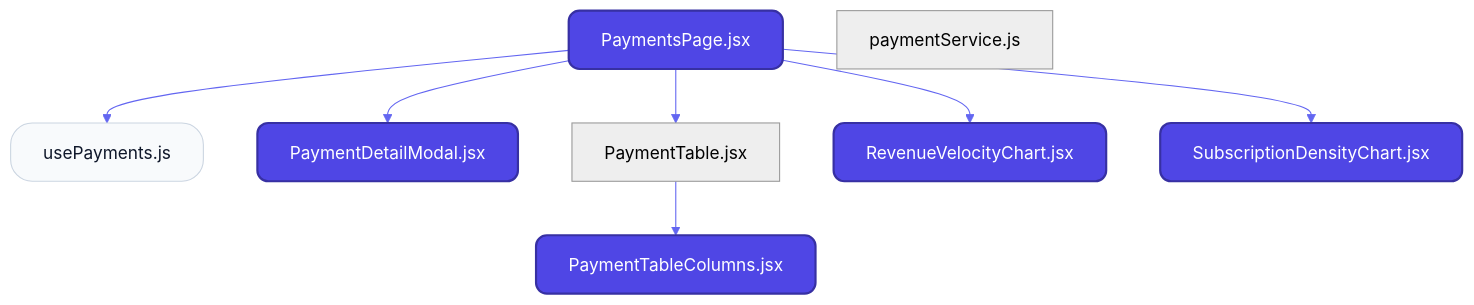
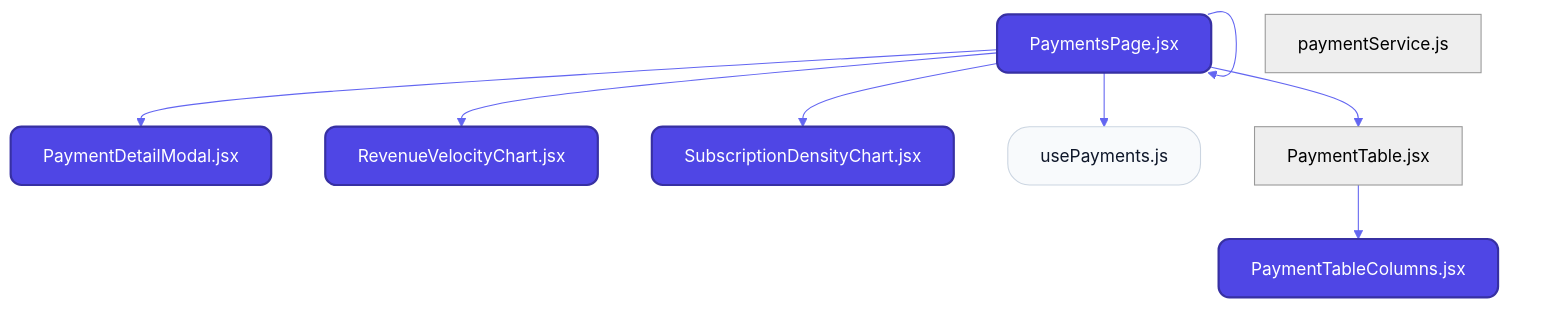
One commit to nexowebai/nexo-superadmin changed the first of 2 diagrams in src/features/payments/README.md. Above: the diagram before and after it, drawn with Mermaid. The commit also changed other lines of this file and 18 other files, not shown here.

````diff
--- a/src/features/payments/README.md
+++ b/src/features/payments/README.md
@@ -12,22 +11,23 @@
 ```mermaid
 %%{init: {'theme': 'neutral', 'themeVariables': { 'fontFamily': 'Inter', 'lineColor': '#6366f1' }}}%%
 graph TD
     classDef page fill:#4f46e5,stroke:#3730a3,stroke-width:2px,color:#fff,rx:10,ry:10;
     classDef hook fill:#f8fafc,stroke:#cbd5e1,stroke-width:1px,color:#0f172a,rx:20,ry:20;
     classDef service fill:#0f172a,stroke:#000,stroke-width:2px,color:#f1f5f9,rx:5,ry:5;
 
-    PaymentsPagejsx["PaymentsPage.jsx"]:::page
-    usePaymentsjs["usePayments.js"]:::hook
-    paymentServicejs["paymentService.js"]
     PaymentDetailModaljsx["PaymentDetailModal.jsx"]:::page
-    PaymentTablejsx["PaymentTable.jsx"]
-    PaymentTableColumnsjsx["PaymentTableColumns.jsx"]:::page
     RevenueVelocityChartjsx["RevenueVelocityChart.jsx"]:::page
     SubscriptionDensityChartjsx["SubscriptionDensityChart.jsx"]:::page
+    PaymentsPagejsx["PaymentsPage.jsx"]:::page
+    PaymentTableColumnsjsx["PaymentTableColumns.jsx"]:::page
+    usePaymentsjs["usePayments.js"]:::hook
+    PaymentTablejsx["PaymentTable.jsx"]
+    paymentServicejs["paymentService.js"]
     PaymentsPagejsx --> usePaymentsjs
     PaymentsPagejsx --> RevenueVelocityChartjsx
     PaymentsPagejsx --> SubscriptionDensityChartjsx
     PaymentsPagejsx --> PaymentTablejsx
     PaymentsPagejsx --> PaymentDetailModaljsx
+    PaymentsPagejsx --> PaymentsPagejsx
     PaymentTablejsx --> PaymentTableColumnsjsx
 ```
````
